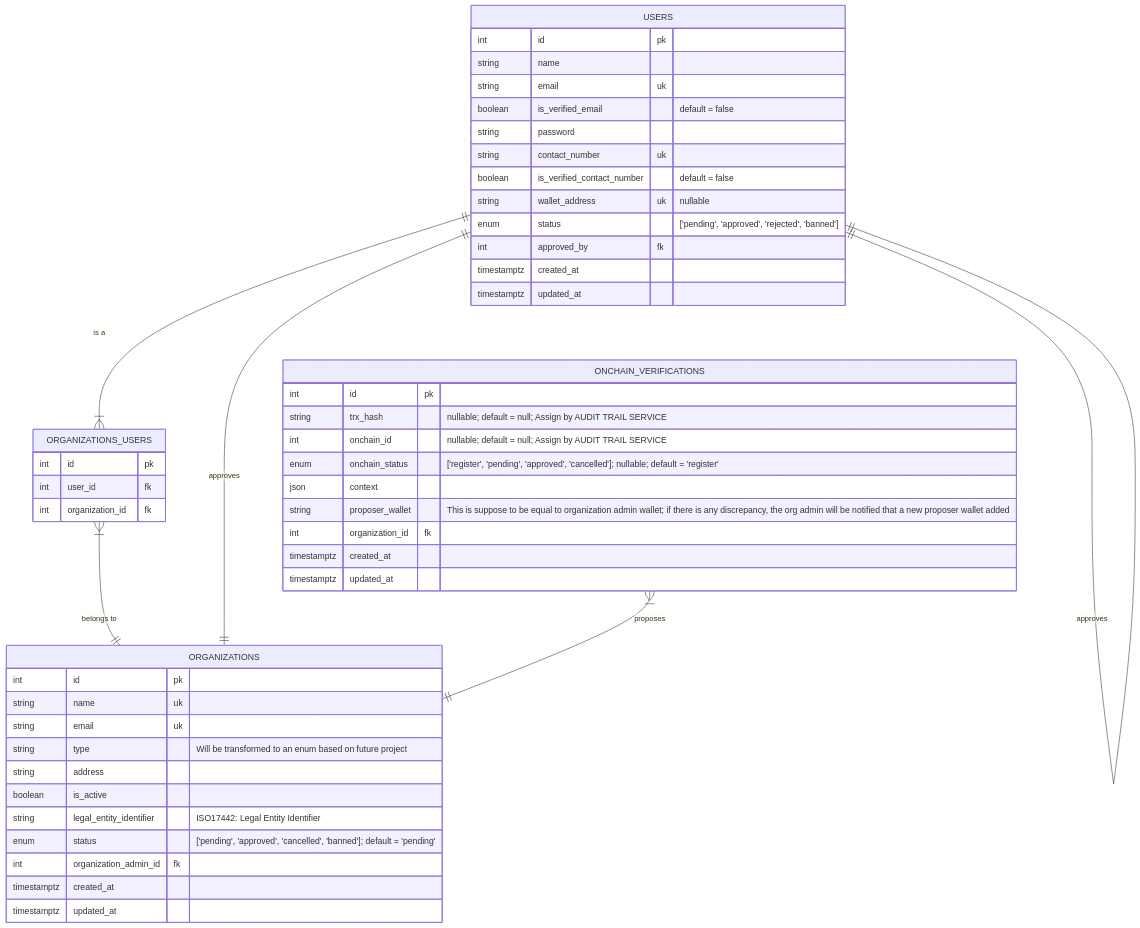
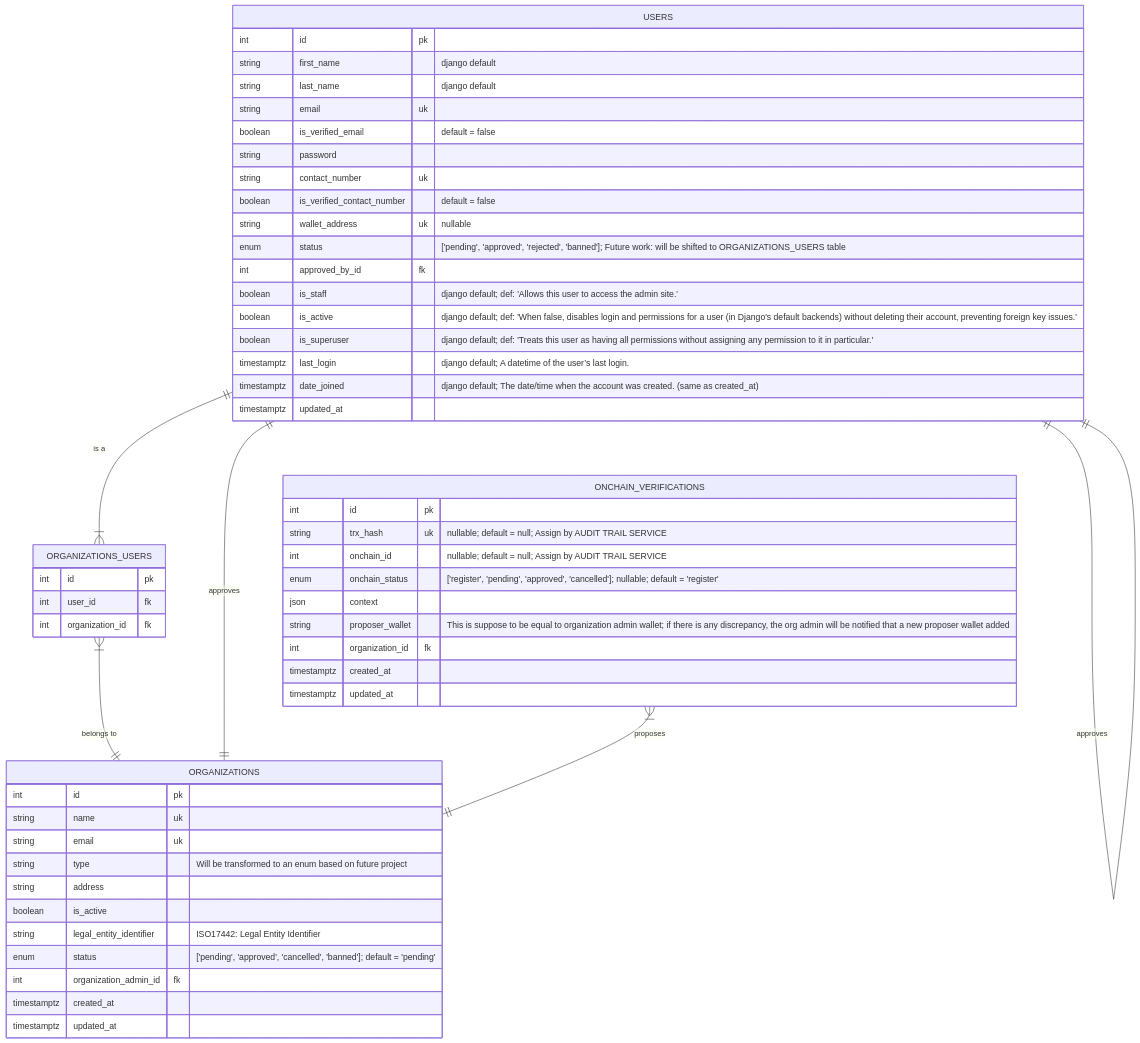
One commit to FinCube-23/DAO-Proposal-Governance changed the third of 3 diagrams in IMPROVED-ER-DIAGRAM.md. Above: the diagram before and after it, drawn with Mermaid. The commit also changed other lines of this file, not shown here.

Commit message:
feat: fincube #291 Enhance USERS table with django default fields

````diff
--- a/IMPROVED-ER-DIAGRAM.md
+++ b/IMPROVED-ER-DIAGRAM.md
@@ -56,57 +47,62 @@
 ```mermaid
 erDiagram
 
 USERS {
     int id pk
-    string name
+    string first_name "django default"
+    string last_name "django default"
     string email uk
     boolean is_verified_email "default = false"
     string password
     string contact_number uk
     boolean is_verified_contact_number "default = false"
     string wallet_address uk "nullable"
-    enum status "['pending', 'approved', 'rejected', 'banned']"
-    int approved_by fk
-    timestamptz created_at
+    enum status "['pending', 'approved', 'rejected', 'banned']; Future work: will be shifted to ORGANIZATIONS_USERS table"
+    int approved_by_id fk
+    boolean is_staff "django default; def: 'Allows this user to access the admin site.'"
+    boolean is_active "django default; def: 'When false, disables login and permissions for a user (in Django's default backends) without deleting their account, preventing foreign key issues.'"
+    boolean is_superuser "django default; def: 'Treats this user as having all permissions without assigning any permission to it in particular.'"
+    timestamptz last_login "django default; A datetime of the user’s last login."
+    timestamptz date_joined "django default; The date/time when the account was created. (same as created_at)"
     timestamptz updated_at
 }
 
 ORGANIZATIONS {
     int id pk
     string name uk
     string email uk
     string type "Will be transformed to an enum based on future project"
     string address
     boolean is_active
     string legal_entity_identifier "ISO17442: Legal Entity Identifier"
     enum status "['pending', 'approved', 'cancelled', 'banned']; default = 'pending'"
     int organization_admin_id fk
     timestamptz created_at
     timestamptz updated_at
 }
 
 ORGANIZATIONS_USERS {
     int id pk
     int user_id fk
     int organization_id fk
 }
 
 ONCHAIN_VERIFICATIONS {
     int id pk
-    string trx_hash "nullable; default = null; Assign by AUDIT TRAIL SERVICE"
+    string trx_hash uk "nullable; default = null; Assign by AUDIT TRAIL SERVICE"
     int onchain_id "nullable; default = null; Assign by AUDIT TRAIL SERVICE"
     enum onchain_status "['register', 'pending', 'approved', 'cancelled']; nullable; default = 'register'"
     json context
     string proposer_wallet "This is suppose to be equal to organization admin wallet; if there is any discrepancy, the org admin will be notified that a new proposer wallet added"
     int organization_id fk
     timestamptz created_at
     timestamptz updated_at
 }
 
 USERS ||--|{ ORGANIZATIONS_USERS : "is a"
 ORGANIZATIONS_USERS }|--|| ORGANIZATIONS: "belongs to"
 USERS ||--|| ORGANIZATIONS : "approves"
 ONCHAIN_VERIFICATIONS }|--|| ORGANIZATIONS: "proposes"
 USERS ||--|| USERS: "approves"
 
 ```
````
